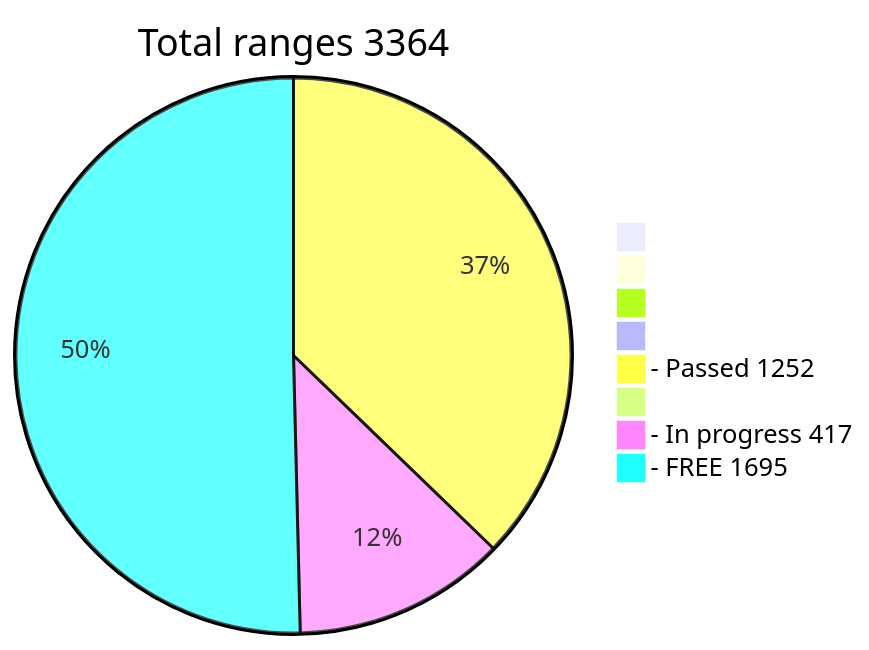
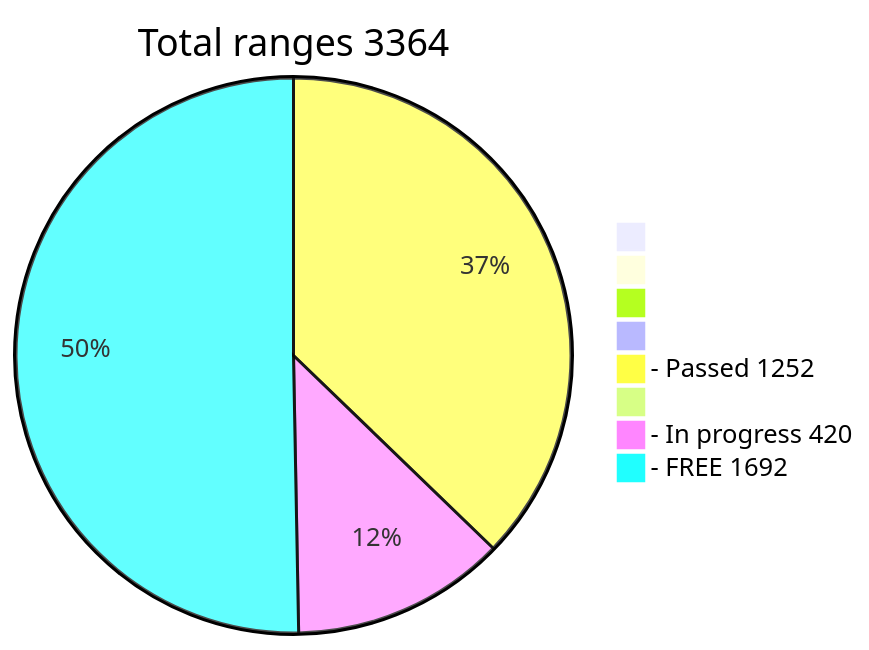
The diagram in README.md (phrutis/wif500), drawn with Mermaid before and after one commit.

````diff
--- a/README.md
+++ b/README.md
@@ -16,12 +16,12 @@
 ```mermaid
 pie title Total ranges 3364
              " " : 0
             "  " : 0
            "   " : 0
           "    " : 0
   "- Passed 1252" : 1252
          "     " : 0
-  "- In progress 417" : 417
-   "- FREE 1695" : 1695
+  "- In progress 420" : 420
+   "- FREE 1692" : 1692
    
 ```
````
